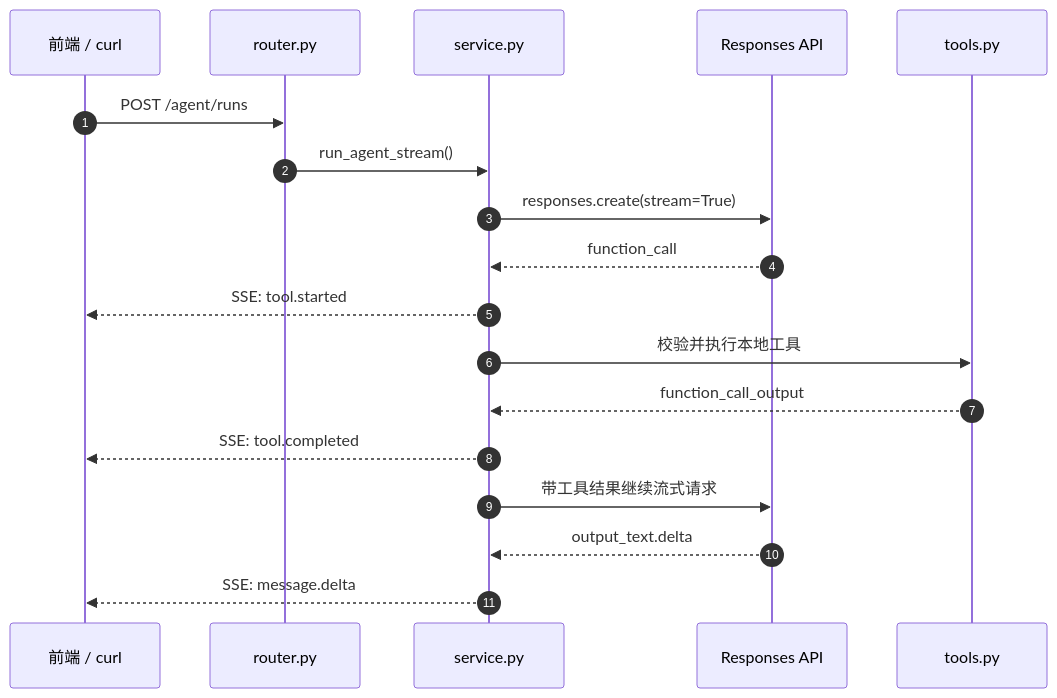
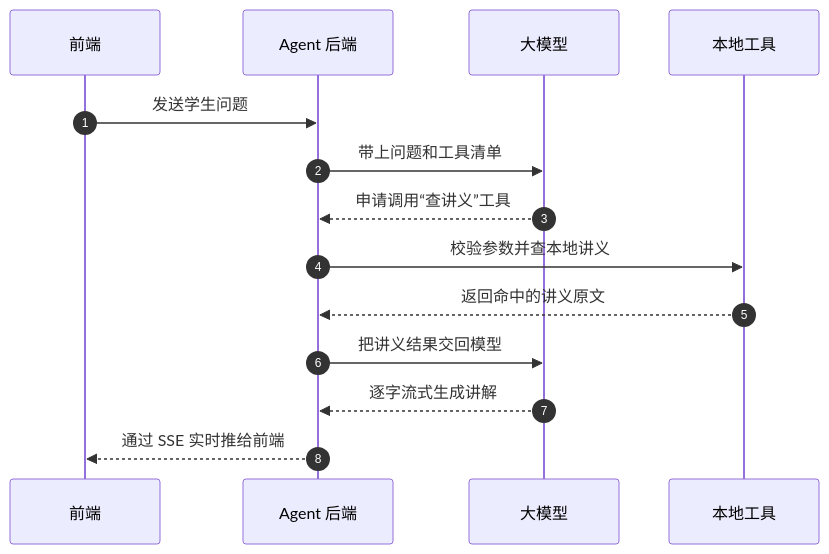
Before and after one commit to rereareal/ta-new: the first of 3 diagrams in PPT-Helper/decks/agent.md, drawn with Mermaid. The commit also changed other lines of this file, not shown here.

Commit message:
docs(decks): 优化 agent 讲稿布局、改用 .env 注入并精简 MVP 工具执行

````diff
--- a/PPT-Helper/decks/agent.md
+++ b/PPT-Helper/decks/agent.md
@@ -75,21 +75,17 @@
 ```mermaid
 sequenceDiagram
   autonumber
-  participant F as 前端 / curl
-  participant R as router.py
-  participant S as service.py
-  participant O as Responses API
-  participant T as tools.py
+  participant F as 前端
+  participant B as Agent 后端
+  participant M as 大模型
+  participant T as 本地工具
 
-  F->>R: POST /agent/runs
-  R->>S: run_agent_stream()
-  S->>O: responses.create(stream=True)
-  O-->>S: function_call
-  S-->>F: SSE: tool.started
-  S->>T: 校验并执行本地工具
-  T-->>S: function_call_output
-  S-->>F: SSE: tool.completed
-  S->>O: 带工具结果继续流式请求
-  O-->>S: output_text.delta
-  S-->>F: SSE: message.delta
+  F->>B: 发送学生问题
+  B->>M: 带上问题和工具清单
+  M-->>B: 申请调用“查讲义”工具
+  B->>T: 校验参数并查本地讲义
+  T-->>B: 返回命中的讲义原文
+  B->>M: 把讲义结果交回模型
+  M-->>B: 逐字流式生成讲解
+  B-->>F: 通过 SSE 实时推给前端
 ```
````
